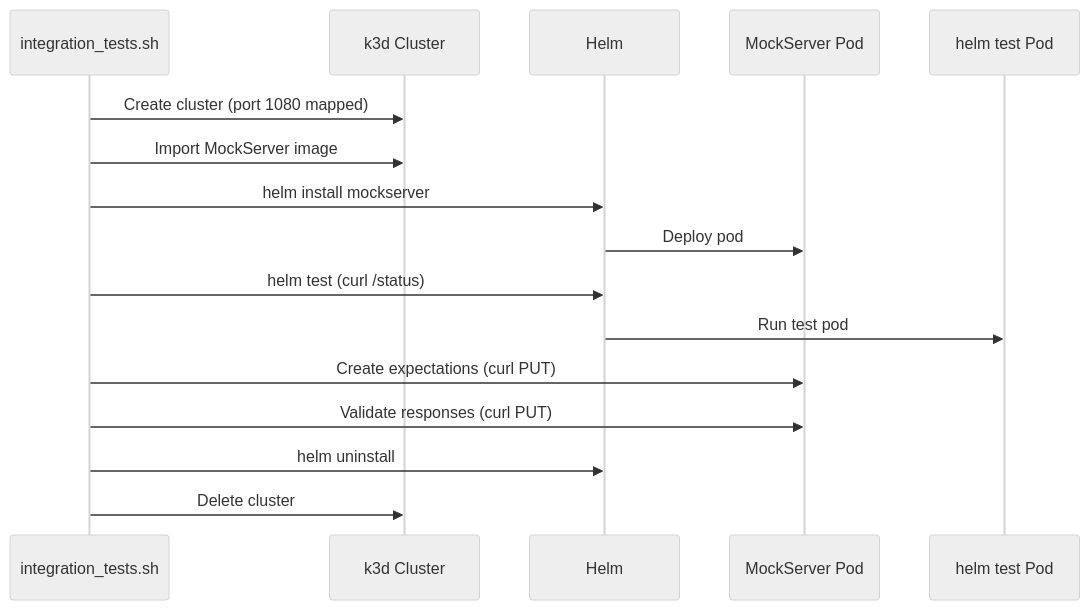
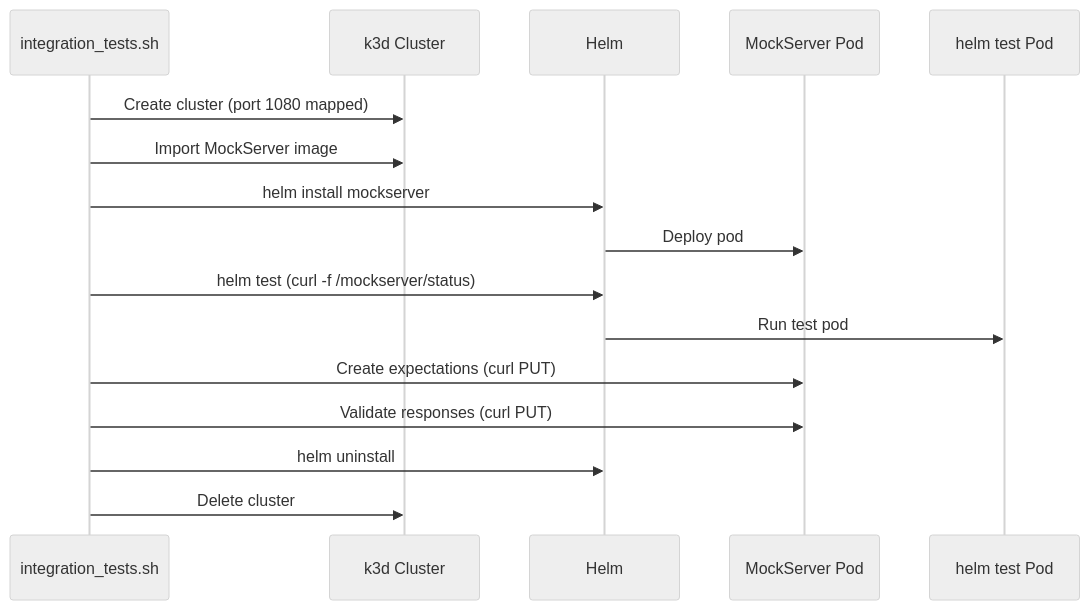
The third of 3 diagrams in docs/infrastructure/helm.md (weotr/mockserver-monorepo), drawn with Mermaid (neutral theme) before and after one commit. The commit also changed 1 other file, not shown here.

Commit message:
fix(helm): make helm test assert real health (curl -f against /mockserver/status)

````diff
--- a/docs/infrastructure/helm.md
+++ b/docs/infrastructure/helm.md
@@ -433,19 +433,19 @@
 ```mermaid
 sequenceDiagram
     participant Script as integration_tests.sh
     participant K3d as k3d Cluster
     participant Helm as Helm
     participant MS as MockServer Pod
     participant Test as helm test Pod
 
     Script->>K3d: Create cluster (port 1080 mapped)
     Script->>K3d: Import MockServer image
     Script->>Helm: helm install mockserver
     Helm->>MS: Deploy pod
-    Script->>Helm: helm test (curl /status)
+    Script->>Helm: helm test (curl -f /mockserver/status)
     Helm->>Test: Run test pod
     Script->>MS: Create expectations (curl PUT)
     Script->>MS: Validate responses (curl PUT)
     Script->>Helm: helm uninstall
     Script->>K3d: Delete cluster
 ```
````
